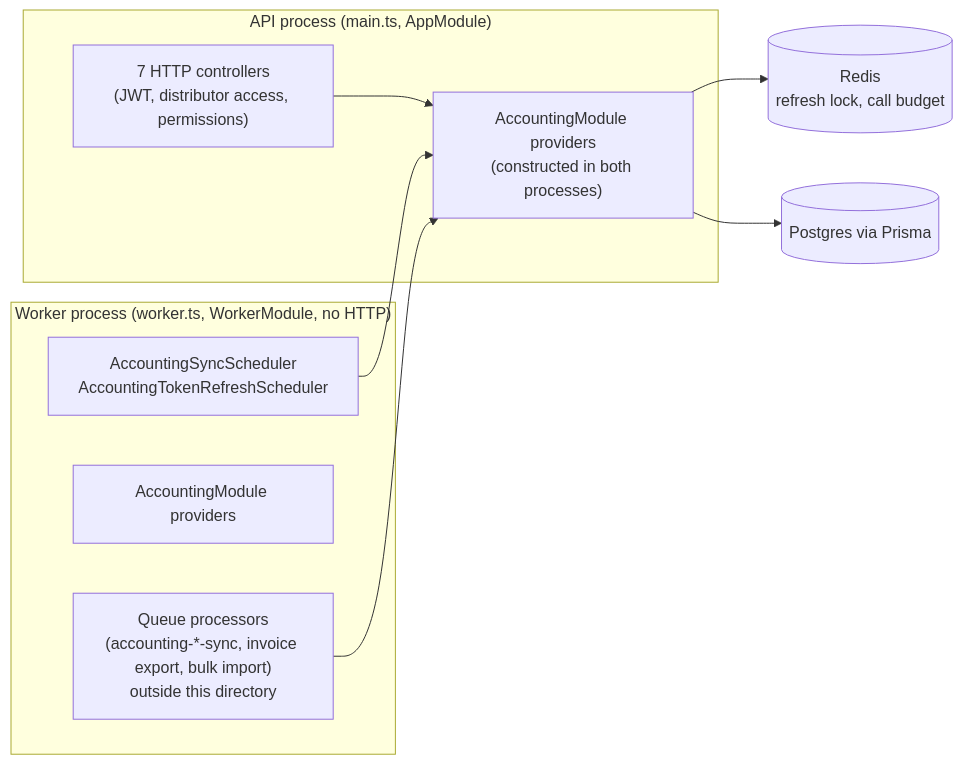
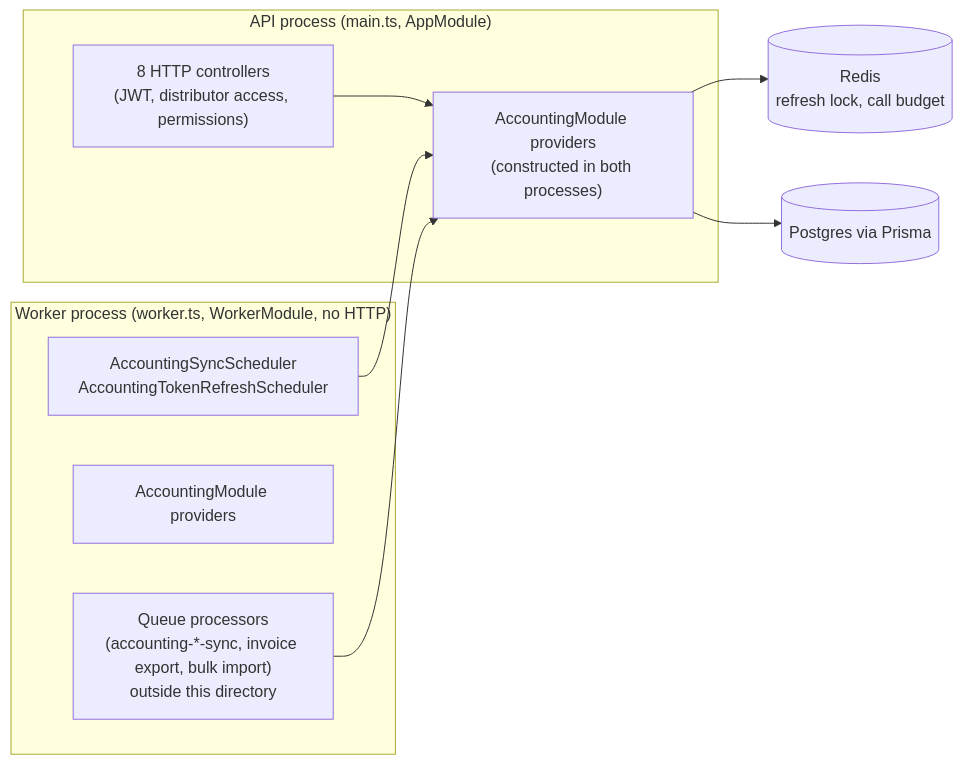
One commit to listentorick/wholo changed the first of 4 diagrams in docs/architecture/code/c4-code-accounting.md. Above: the diagram before and after it, drawn with Mermaid. The commit also changed other lines of this file and 47 other files, not shown here.

````diff
--- a/docs/architecture/code/c4-code-accounting.md
+++ b/docs/architecture/code/c4-code-accounting.md
@@ -553,17 +579,17 @@
 ```mermaid
 flowchart LR
     subgraph API["API process (main.ts, AppModule)"]
-        HTTP["7 HTTP controllers<br/>(JWT, distributor access, permissions)"]
+        HTTP["8 HTTP controllers<br/>(JWT, distributor access, permissions)"]
         AMOD["AccountingModule providers<br/>(constructed in both processes)"]
     end
     subgraph WORKER["Worker process (worker.ts, WorkerModule, no HTTP)"]
         SCHED["AccountingSyncScheduler<br/>AccountingTokenRefreshScheduler"]
         WMOD["AccountingModule providers"]
         PROC["Queue processors<br/>(accounting-*-sync, invoice export, bulk import)<br/>outside this directory"]
     end
     HTTP --> AMOD
     SCHED --> AMOD
     PROC --> AMOD
     AMOD --> REDIS[("Redis<br/>refresh lock, call budget")]
     AMOD --> PG[("Postgres via Prisma")]
 ```
````
